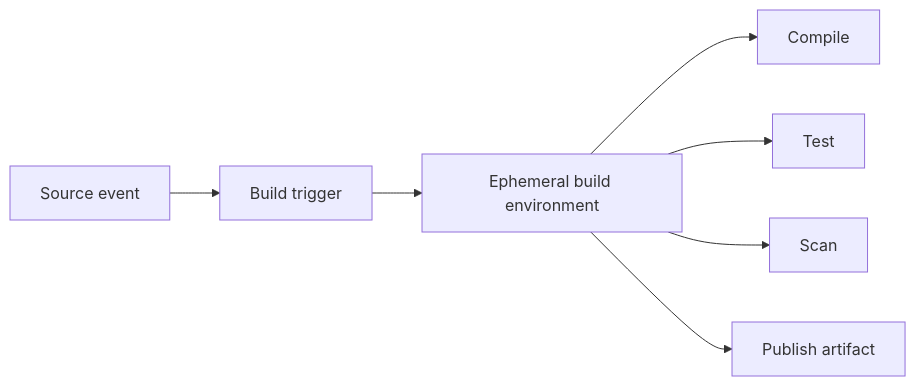
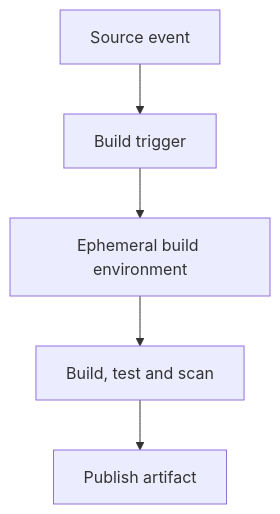
One commit to DonalGeraghty/study-repository changed the diagram in docs/platform-engineering/cloud/gcp/gcp-cloud-build.md. Above: the diagram before and after it, drawn with Mermaid. The commit also changed 17 other files, not shown here.

First line of the commit message:
Tighten Mermaid layout readability

````diff
--- a/docs/platform-engineering/cloud/gcp/gcp-cloud-build.md
+++ b/docs/platform-engineering/cloud/gcp/gcp-cloud-build.md
@@ -14,9 +14,7 @@
 ```mermaid
-flowchart LR
+flowchart TD
     A[Source event] --> B[Build trigger]
     B --> C[Ephemeral build environment]
-    C --> D[Compile]
-    C --> E[Test]
-    C --> F[Scan]
-    C --> G[Publish artifact]
+    C --> D[Build, test and scan]
+    D --> G[Publish artifact]
 ```
````
